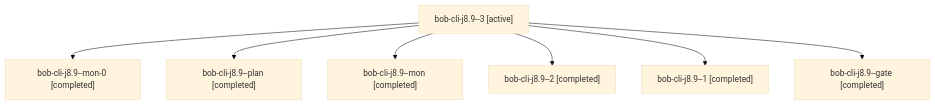
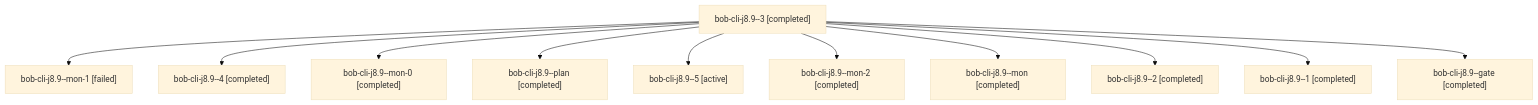
The diagram in sessions/bbugyi200.apollo.bob-cli-j8.9.md (bobs-org/bob-cli--agents), drawn with Mermaid (base theme) before and after one commit. The commit also changed other lines of this file and 109 other files, not shown here.

````diff
--- a/sessions/bbugyi200.apollo.bob-cli-j8.9.md
+++ b/sessions/bbugyi200.apollo.bob-cli-j8.9.md
@@ -9,16 +9,24 @@
 ```mermaid
 flowchart TD
-  n0["bob-cli-j8.9--3 [active]"]
-  n1["bob-cli-j8.9--mon-0 [completed]"]
+  n0["bob-cli-j8.9--3 [completed]"]
+  n1["bob-cli-j8.9--mon-1 [failed]"]
   n0 --> n1
-  n2["bob-cli-j8.9--plan [completed]"]
+  n2["bob-cli-j8.9--4 [completed]"]
   n0 --> n2
-  n3["bob-cli-j8.9--mon [completed]"]
+  n3["bob-cli-j8.9--mon-0 [completed]"]
   n0 --> n3
-  n4["bob-cli-j8.9--2 [completed]"]
+  n4["bob-cli-j8.9--plan [completed]"]
   n0 --> n4
-  n5["bob-cli-j8.9--1 [completed]"]
+  n5["bob-cli-j8.9--5 [active]"]
   n0 --> n5
-  n6["bob-cli-j8.9--gate [completed]"]
+  n6["bob-cli-j8.9--mon-2 [completed]"]
   n0 --> n6
+  n7["bob-cli-j8.9--mon [completed]"]
+  n0 --> n7
+  n8["bob-cli-j8.9--2 [completed]"]
+  n0 --> n8
+  n9["bob-cli-j8.9--1 [completed]"]
+  n0 --> n9
+  n10["bob-cli-j8.9--gate [completed]"]
+  n0 --> n10
 ```
````
